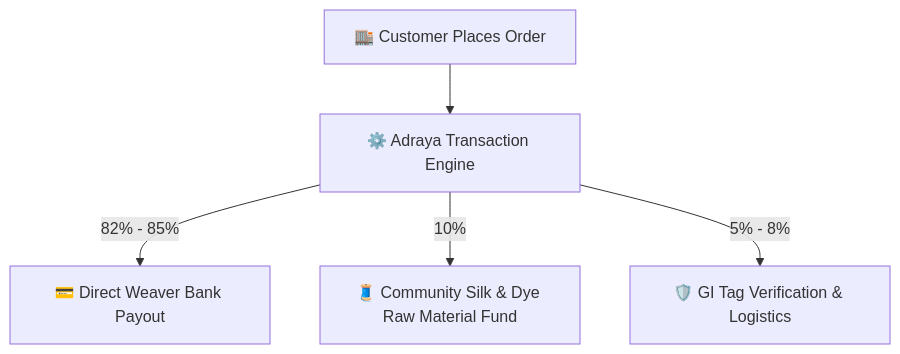
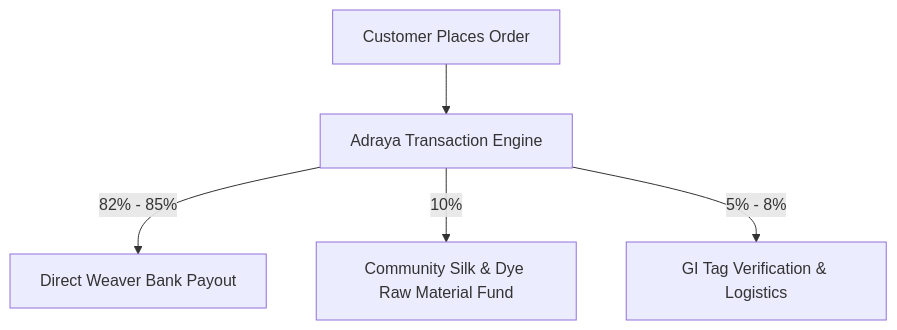
One commit to HardikMathur11/Adraya changed the third of 4 diagrams in README.md. Above: the diagram before and after it, drawn with Mermaid. The commit also changed other lines of this file, not shown here.

````diff
--- a/README.md
+++ b/README.md
@@ -169,7 +169,7 @@
 ```mermaid
 flowchart TD
-    A["🏬 Customer Places Order"] --> B["⚙️ Adraya Transaction Engine"]
-    B -->|82% - 85%| C["💳 Direct Weaver Bank Payout"]
-    B -->|10%| D["🧵 Community Silk & Dye Raw Material Fund"]
-    B -->|5% - 8%| E["🛡️ GI Tag Verification & Logistics"]
+    A["Customer Places Order"] --> B["Adraya Transaction Engine"]
+    B -->|82% - 85%| C["Direct Weaver Bank Payout"]
+    B -->|10%| D["Community Silk & Dye Raw Material Fund"]
+    B -->|5% - 8%| E["GI Tag Verification & Logistics"]
 ```
````
